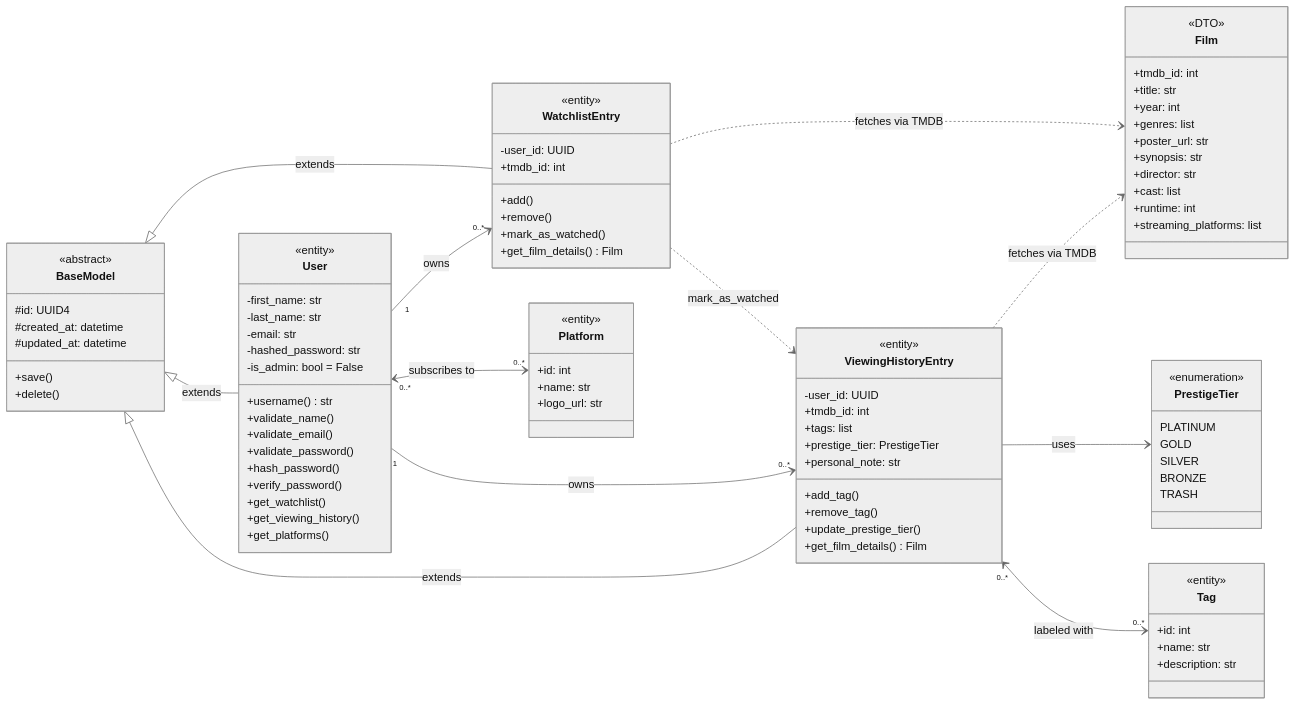
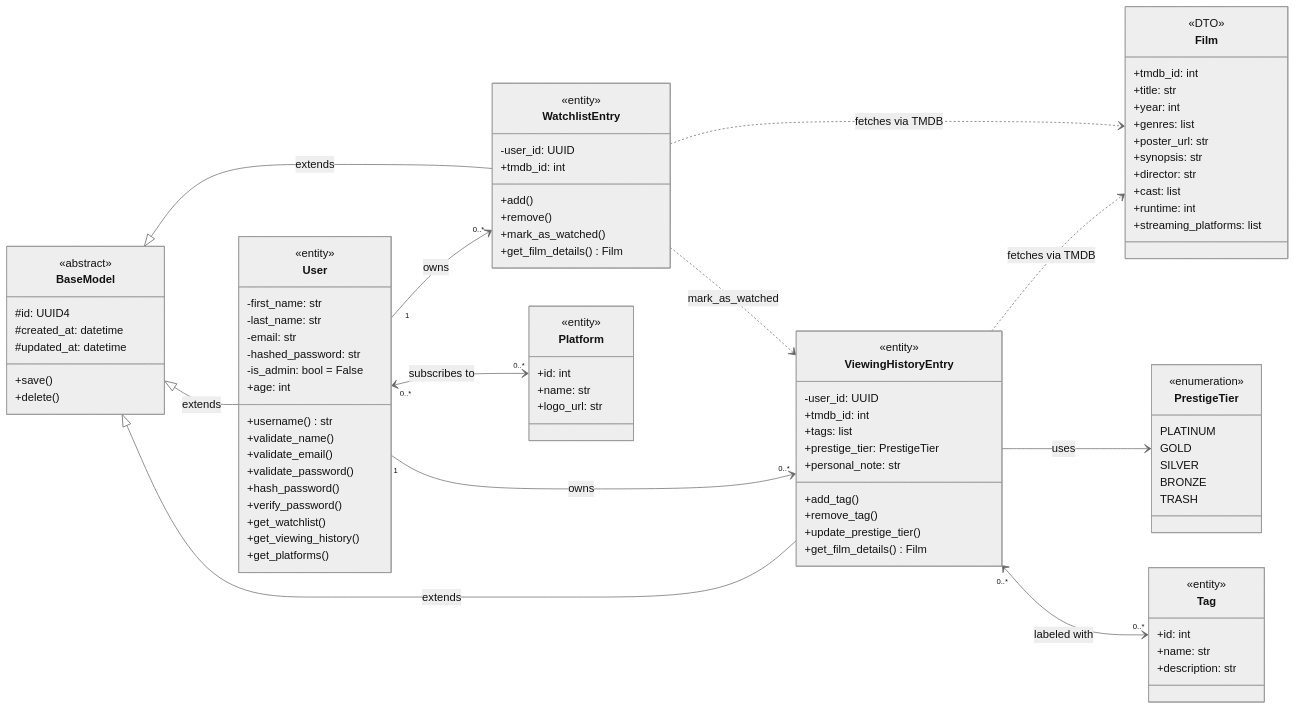
The diagram in docs/ClassDiagram.md (FelixBesancon/holbertonschool-CineMood), drawn with Mermaid (neutral theme) before and after one commit. The commit also changed other lines of this file, not shown here.

First line of the commit message:
Add age attribute to User class

```diff
--- a/docs/ClassDiagram.md
+++ b/docs/ClassDiagram.md
@@ -236,6 +237,7 @@
     -email: str
     -hashed_password: str
     -is_admin: bool = False
+    +age: int
     +username() str
     +validate_name()
     +validate_email()
```
